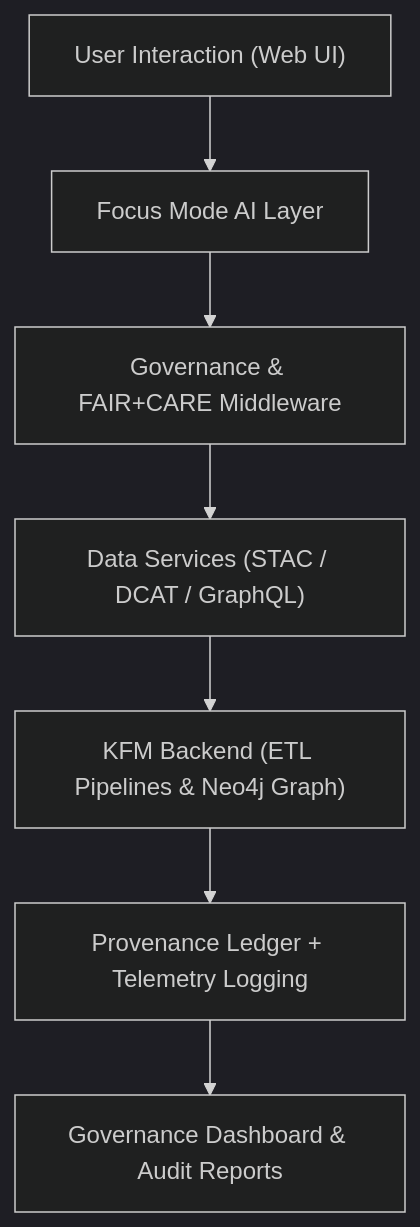
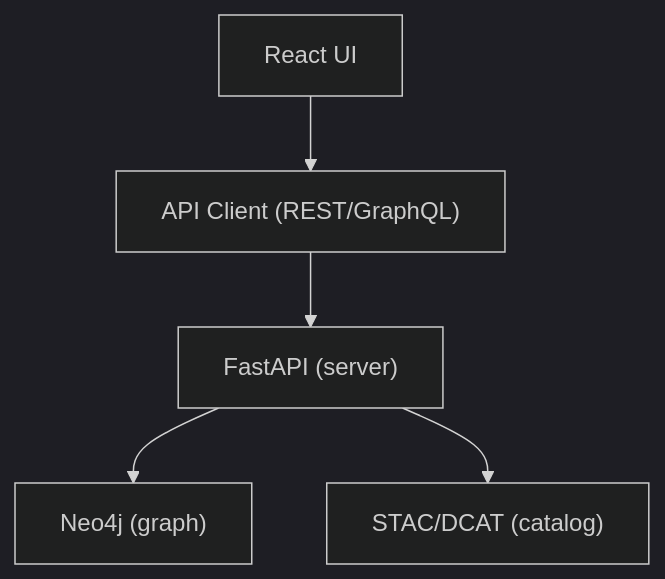
One commit to bartytime4life/Kansas-Frontier-Matrix changed the second of 2 diagrams in web/ARCHITECTURE.md. Above: the diagram before and after it, drawn with Mermaid (dark theme). The commit also changed other lines of this file, not shown here.

````diff
--- a/web/ARCHITECTURE.md
+++ b/web/ARCHITECTURE.md
@@ -91,9 +199,7 @@
 ```mermaid
 flowchart TD
-    A["User Interaction (Web UI)"] --> B["Focus Mode AI Layer"]
-    B --> C["Governance & FAIR+CARE Middleware"]
-    C --> D["Data Services (STAC / DCAT / GraphQL)"]
-    D --> E["KFM Backend (ETL Pipelines & Neo4j Graph)"]
-    E --> F["Provenance Ledger + Telemetry Logging"]
-    F --> G["Governance Dashboard & Audit Reports"]
+A["React UI"] --> B["API Client (REST/GraphQL)"]
+B --> C["FastAPI (server)"]
+C --> D["Neo4j (graph)"]
+C --> E["STAC/DCAT (catalog)"]
 ```
````
